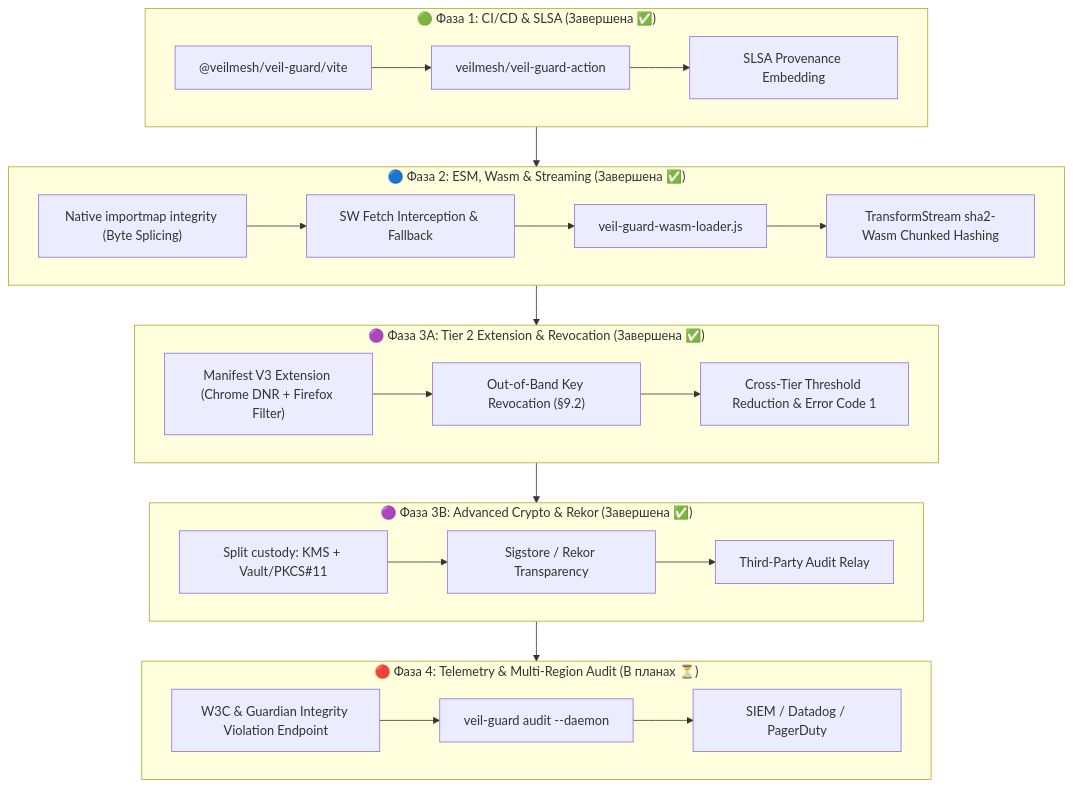
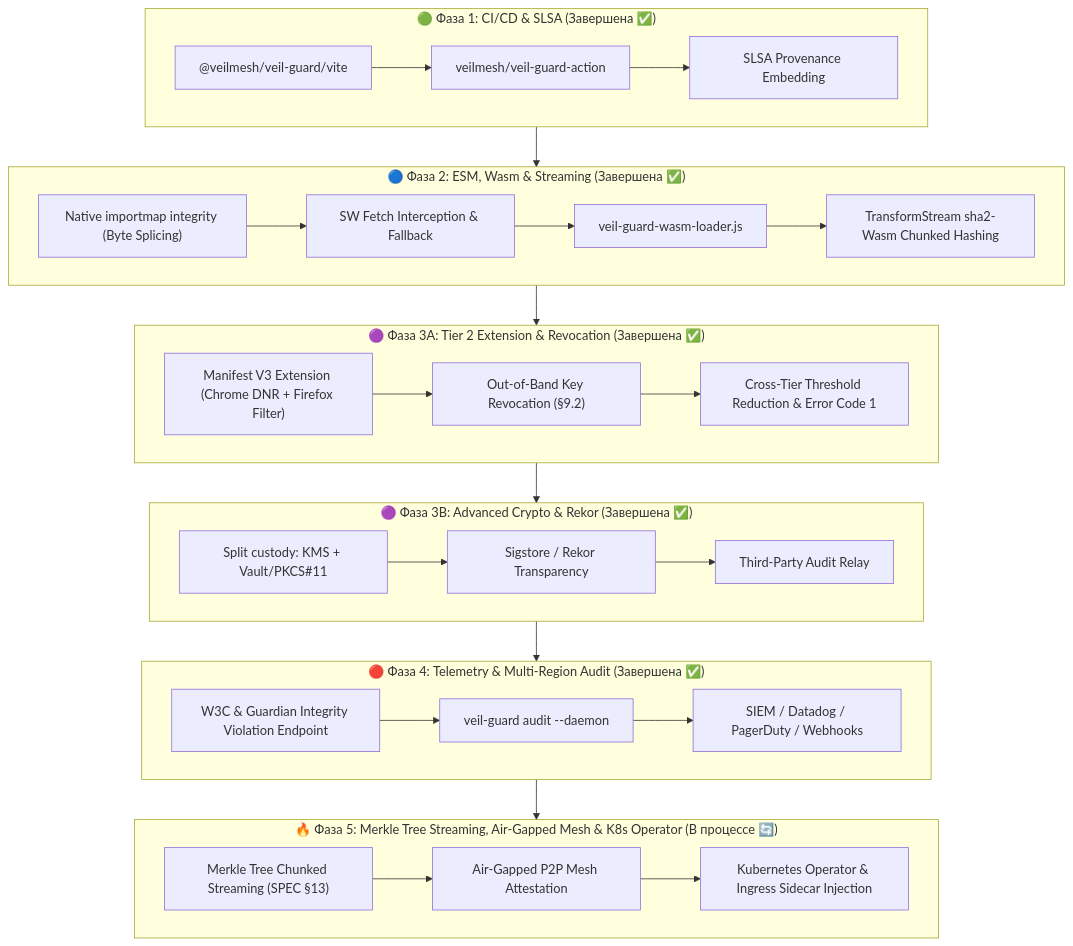
One commit to veilmesh/veil-guard changed the diagram in ROADMAP.md. Above: the diagram before and after it, drawn with Mermaid. The commit also changed other lines of this file and 9 other files, not shown here.

````diff
--- a/ROADMAP.md
+++ b/ROADMAP.md
@@ -19,31 +19,36 @@
 ```mermaid
 flowchart TD
     subgraph Phase1["🟢 Фаза 1: CI/CD & SLSA (Завершена ✅)"]
         P1_1["@veilmesh/veil-guard/vite"] --> P1_3["veilmesh/veil-guard-action"]
         P1_3 --> P1_4["SLSA Provenance Embedding"]
     end
 
     subgraph Phase2["🔵 Фаза 2: ESM, Wasm & Streaming (Завершена ✅)"]
         P2_1["Native importmap integrity (Byte Splicing)"] --> P2_2["SW Fetch Interception & Fallback"]
         P2_2 --> P2_3["veil-guard-wasm-loader.js"]
         P2_3 --> P2_4["TransformStream sha2-Wasm Chunked Hashing"]
     end
 
     subgraph Phase3A["🟣 Фаза 3A: Tier 2 Extension & Revocation (Завершена ✅)"]
         P3A_1["Manifest V3 Extension (Chrome DNR + Firefox Filter)"] --> P3A_2["Out-of-Band Key Revocation (§9.2)"]
         P3A_2 --> P3A_3["Cross-Tier Threshold Reduction & Error Code 1"]
     end
 
     subgraph Phase3B["🟣 Фаза 3B: Advanced Crypto & Rekor (Завершена ✅)"]
         P3B_1["Split custody: KMS + Vault/PKCS#11"] --> P3B_2["Sigstore / Rekor Transparency"]
         P3B_2 --> P3B_3["Third-Party Audit Relay"]
     end
 
 
-    subgraph Phase4["🔴 Фаза 4: Telemetry & Multi-Region Audit (В планах ⏳)"]
+    subgraph Phase4["🔴 Фаза 4: Telemetry & Multi-Region Audit (Завершена ✅)"]
         P4_1["W3C & Guardian Integrity Violation Endpoint"] --> P4_2["veil-guard audit --daemon"]
-        P4_2 --> P4_3["SIEM / Datadog / PagerDuty"]
+        P4_2 --> P4_3["SIEM / Datadog / PagerDuty / Webhooks"]
     end
 
-    Phase1 --> Phase2 --> Phase3A --> Phase3B --> Phase4
+    subgraph Phase5["🔥 Фаза 5: Merkle Tree Streaming, Air-Gapped Mesh & K8s Operator (В процессе 🔄)"]
+        P5_1["Merkle Tree Chunked Streaming (SPEC §13)"] --> P5_2["Air-Gapped P2P Mesh Attestation"]
+        P5_2 --> P5_3["Kubernetes Operator & Ingress Sidecar Injection"]
+    end
+
+    Phase1 --> Phase2 --> Phase3A --> Phase3B --> Phase4 --> Phase5
 ```
````
